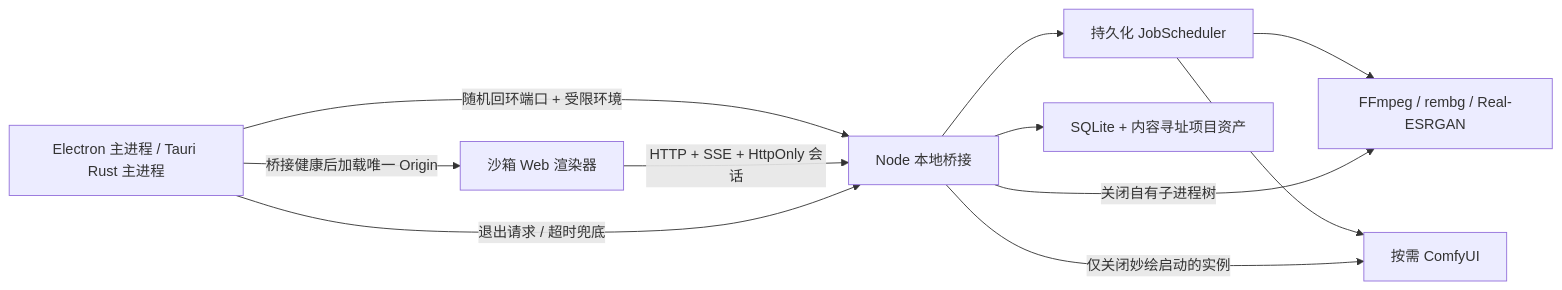
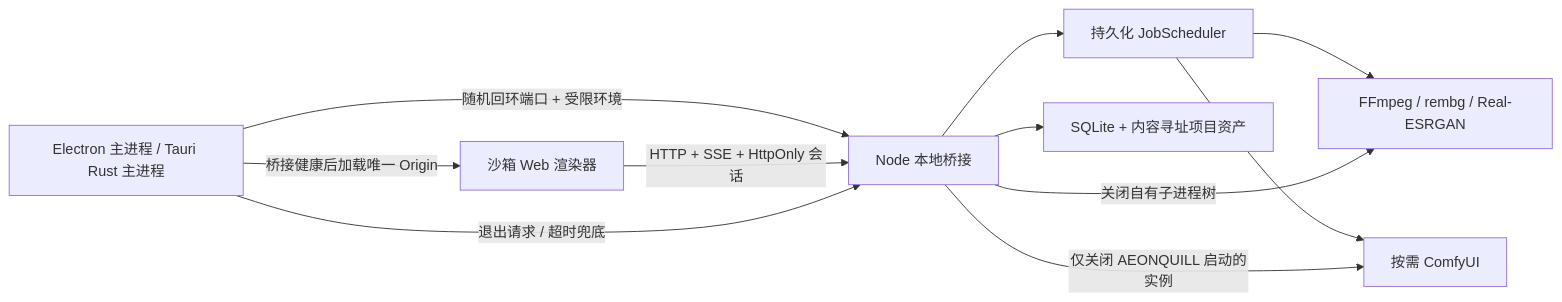
One commit to falling-feather/AeonQuill changed the diagram in doc/01-子文档/13-桌面封装与发行架构.md. Above: the diagram before and after it, drawn with Mermaid. The commit also changed other lines of this file and 83 other files, not shown here.

````diff
--- a/doc/01-子文档/13-桌面封装与发行架构.md
+++ b/doc/01-子文档/13-桌面封装与发行架构.md
@@ -35,13 +37,13 @@
 ```mermaid
 flowchart LR
     S["Electron 主进程 / Tauri Rust 主进程"] -->|"随机回环端口 + 受限环境"| B["Node 本地桥接"]
     S -->|"桥接健康后加载唯一 Origin"| W["沙箱 Web 渲染器"]
     W -->|"HTTP + SSE + HttpOnly 会话"| B
     B --> J["持久化 JobScheduler"]
     B --> P["SQLite + 内容寻址项目资产"]
     J --> F["FFmpeg / rembg / Real-ESRGAN"]
     J --> C["按需 ComfyUI"]
     S -->|"退出请求 / 超时兜底"| B
     B -->|"关闭自有子进程树"| F
-    B -->|"仅关闭妙绘启动的实例"| C
+    B -->|"仅关闭 AEONQUILL 启动的实例"| C
 ```
````
